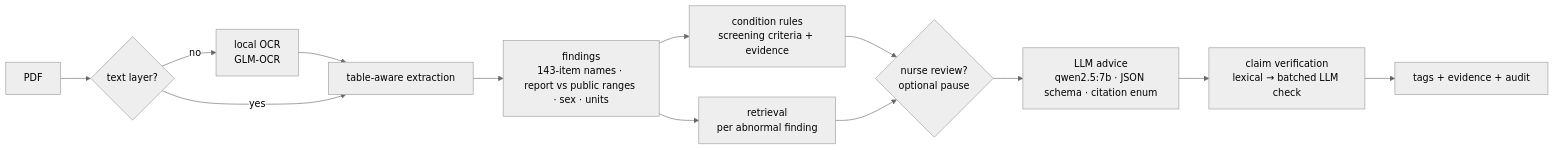
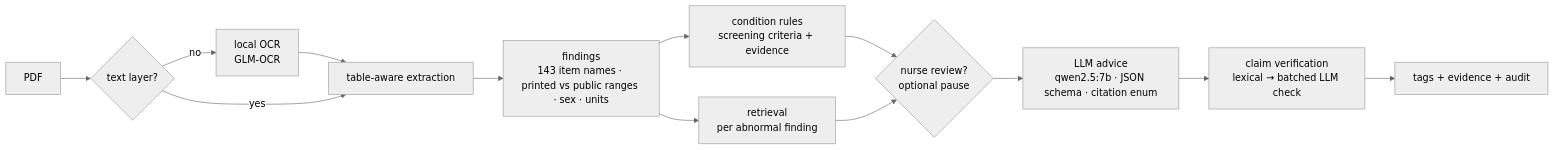
Before and after one commit to Washyu0826/health-report-reader: the second of 2 diagrams in README.md, drawn with Mermaid (neutral theme). The commit also changed other lines of this file and 26 other files, not shown here.

````diff
--- a/README.md
+++ b/README.md
@@ -42,14 +111,14 @@
 ```mermaid
 flowchart LR
     A[PDF] --> B{text layer?}
     B -- no --> O[local OCR<br/>GLM-OCR] --> C
     B -- yes --> C[table-aware extraction]
-    C --> D[findings<br/>143-item names · report vs public ranges · sex · units]
+    C --> D[findings<br/>143 item names · printed vs public ranges · sex · units]
     D --> E[condition rules<br/>screening criteria + evidence]
     D --> F[retrieval<br/>per abnormal finding]
     E --> R{nurse review?<br/>optional pause}
     F --> R
     R --> G[LLM advice<br/>qwen2.5:7b · JSON schema · citation enum]
     G --> H[claim verification<br/>lexical → batched LLM check]
     H --> I[tags + evidence + audit]
 ```
````
